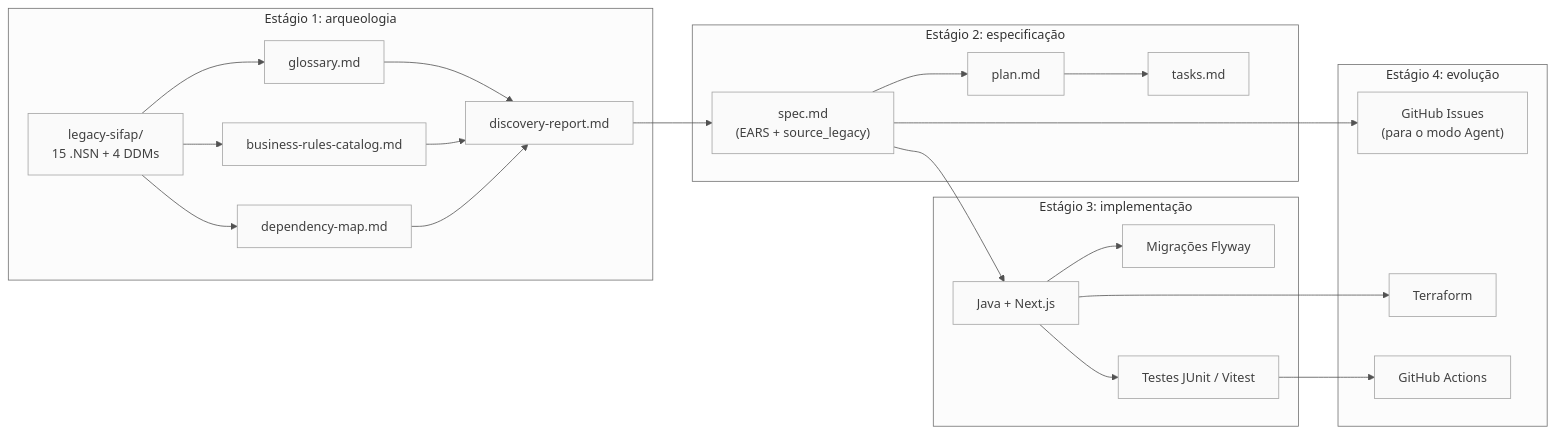
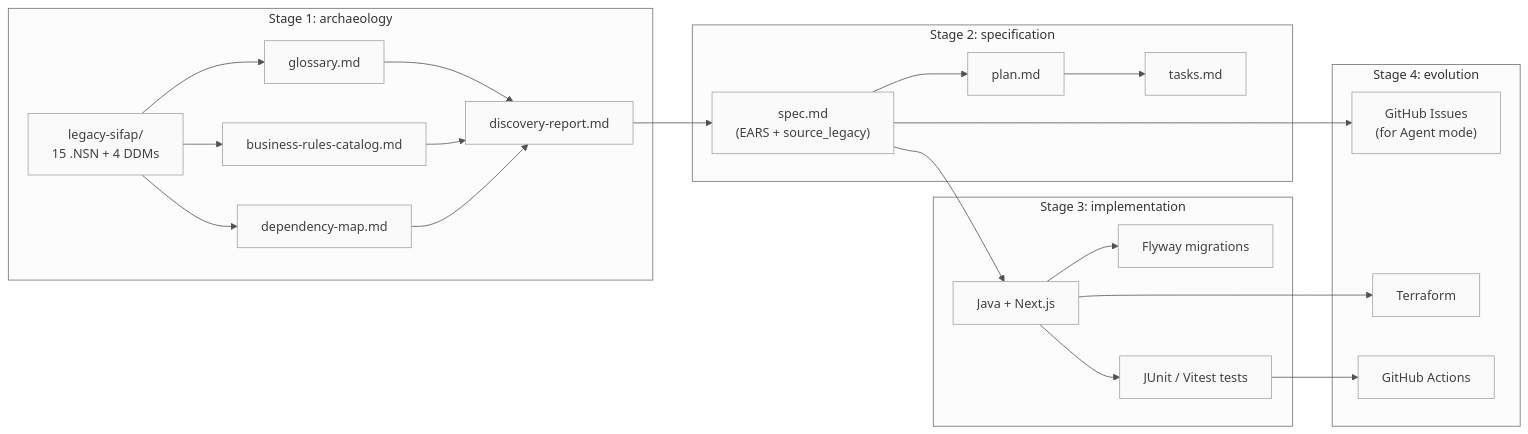
Before and after one commit to serpro-workshop-fortaleza/sifap-Heitor: the second of 2 diagrams in 00-SITEMAP.md, drawn with Mermaid. The commit also changed other lines of this file and 365 other files, not shown here.

````diff
--- a/00-SITEMAP.md
+++ b/00-SITEMAP.md
@@ -88,43 +88,43 @@
 ```mermaid
 %%{init: {'theme':'neutral','themeVariables':{'fontFamily':'ui-sans-serif, system-ui, sans-serif','primaryColor':'#F5F5F5','primaryTextColor':'#171717','primaryBorderColor':'#171717','lineColor':'#525252','secondaryColor':'#FFFFFF','tertiaryColor':'#FAFAFA','background':'#FFFFFF'}}}%%
 flowchart LR
     classDef step fill:#F5F5F5,stroke:#171717,color:#171717
     classDef artifact fill:#FAFAFA,stroke:#A3A3A3,color:#404040
     classDef result fill:#FFFFFF,stroke:#171717,color:#171717,stroke-width:2px
 
-    subgraph E1["Estágio 1: arqueologia"]
+    subgraph E1["Stage 1: archaeology"]
         LEGACY["legacy-sifap/<br/>15 .NSN + 4 DDMs"]:::artifact
         GLOSS["glossary.md"]:::artifact
         BR["business-rules-catalog.md"]:::artifact
         DEPS["dependency-map.md"]:::artifact
         REPORT["discovery-report.md"]:::artifact
     end
 
-    subgraph E2["Estágio 2: especificação"]
+    subgraph E2["Stage 2: specification"]
         SPEC["spec.md<br/>(EARS + source_legacy)"]:::artifact
         PLAN["plan.md"]:::artifact
         TASKS["tasks.md"]:::artifact
     end
 
-    subgraph E3["Estágio 3: implementação"]
+    subgraph E3["Stage 3: implementation"]
         CODE["Java + Next.js"]:::artifact
-        MIGS["Migrações Flyway"]:::artifact
-        TESTS["Testes JUnit / Vitest"]:::artifact
+        MIGS["Flyway migrations"]:::artifact
+        TESTS["JUnit / Vitest tests"]:::artifact
     end
 
-    subgraph E4["Estágio 4: evolução"]
-        ISSUES["GitHub Issues<br/>(para o modo Agent)"]:::artifact
+    subgraph E4["Stage 4: evolution"]
+        ISSUES["GitHub Issues<br/>(for Agent mode)"]:::artifact
         TF["Terraform"]:::artifact
         CI["GitHub Actions"]:::artifact
     end
 
     LEGACY --> GLOSS & BR & DEPS
     GLOSS & BR & DEPS --> REPORT
     REPORT --> SPEC
     SPEC --> PLAN --> TASKS
     SPEC --> CODE
     CODE --> TESTS & MIGS
     SPEC --> ISSUES
     CODE --> TF
     TESTS --> CI
 ```
````
